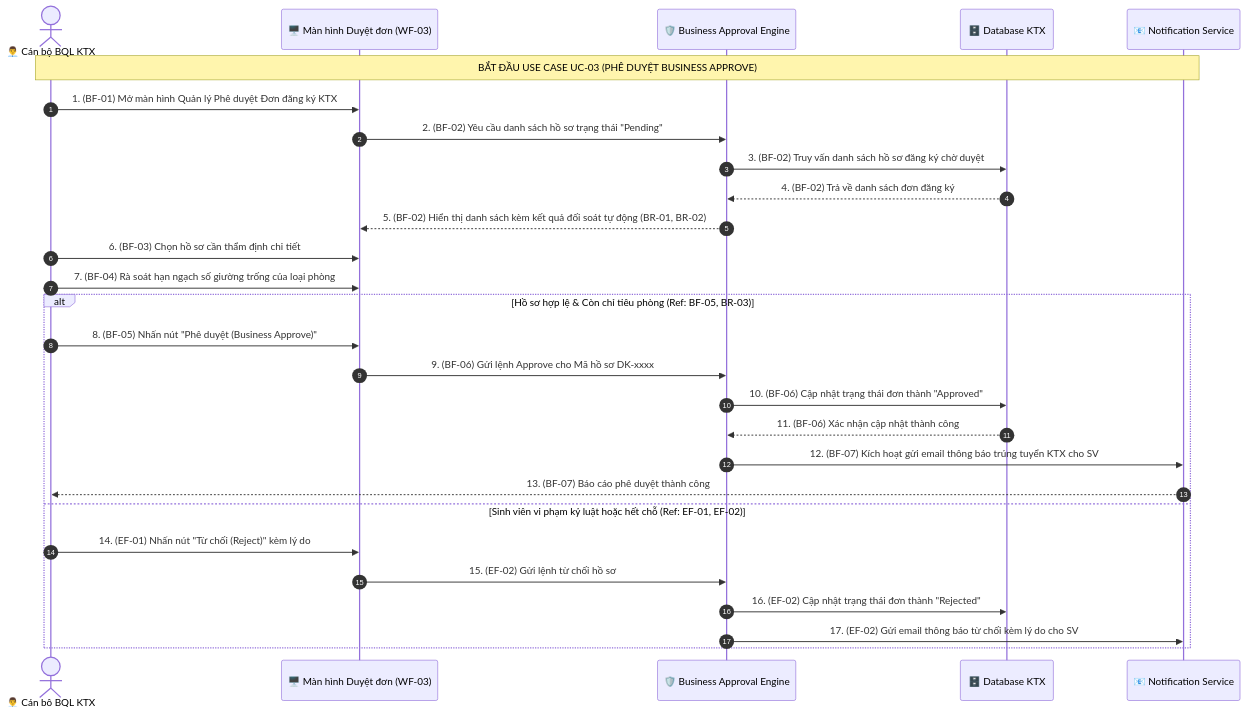
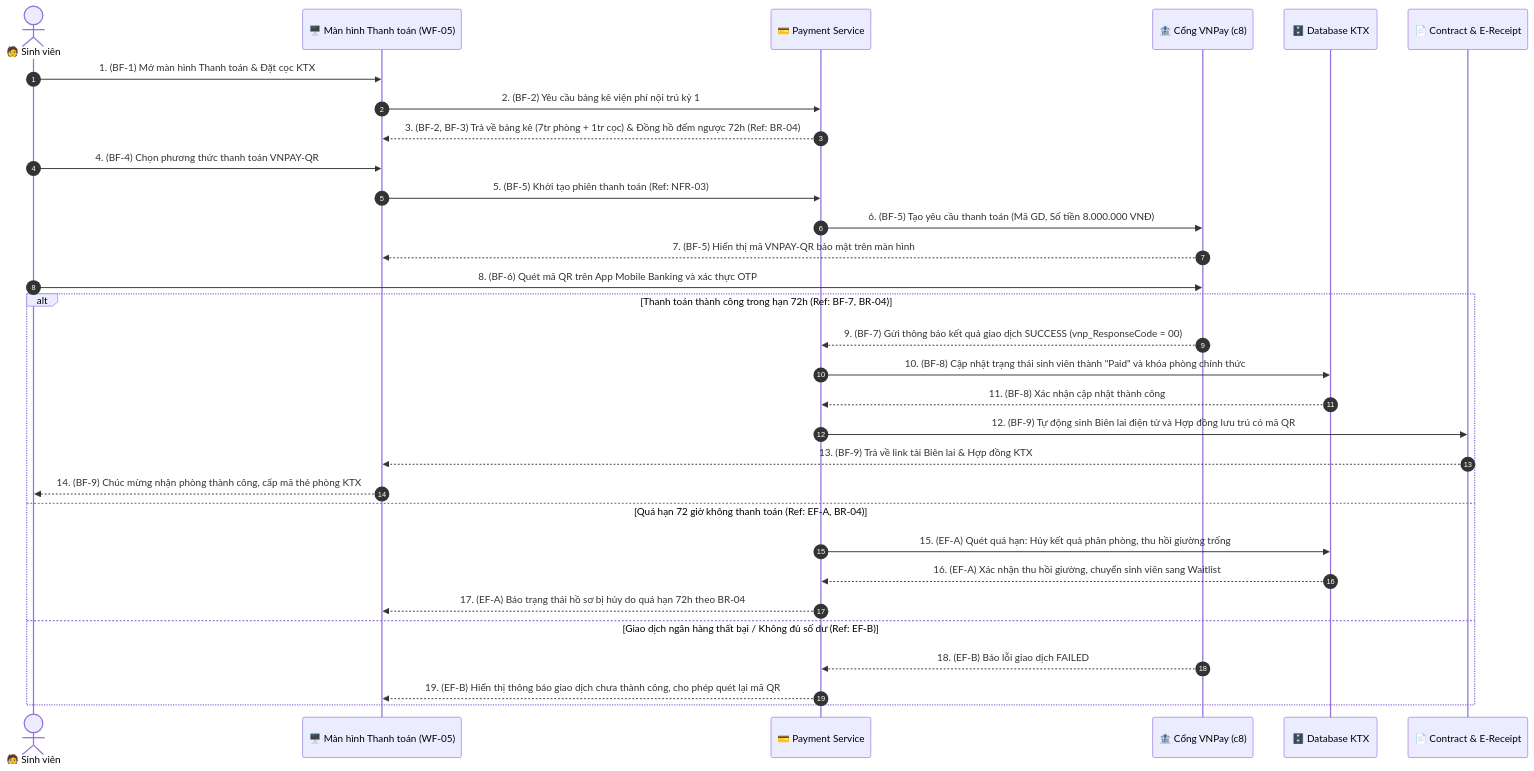
The fourth of 6 diagrams in docs/dac_ta_usecase_va_sequence.md (kiet00394-collab/system-), drawn with Mermaid before and after one commit. The commit also changed other lines of this file and 10 other files, not shown here.

First line of the commit message:
feat(docs-ui): integrate KTX_Smart_Match_UseCase.drawio and align specs with teacher slide standards

````diff
--- a/docs/dac_ta_usecase_va_sequence.md
+++ b/docs/dac_ta_usecase_va_sequence.md
@@ -225,33 +319,37 @@
 ```mermaid
 sequenceDiagram
     autonumber
-    actor Admin as 👨‍💼 Cán bộ BQL KTX
-    participant UI as 🖥️ Màn hình Duyệt đơn (WF-03)
-    participant ApproveService as 🛡️ Business Approval Engine
+    actor SV as 🧑 Sinh viên
+    participant UI as 🖥️ Màn hình Thanh toán (WF-05)
+    participant PayService as 💳 Payment Service
+    participant VNPay as 🏦 Cổng VNPay (c8)
     participant DB as 🗄️ Database KTX
-    participant Mail as 📧 Notification Service
+    participant Contract as 📄 Contract & E-Receipt
 
-    Note over Admin, Mail: BẮT ĐẦU USE CASE UC-03 (PHÊ DUYỆT BUSINESS APPROVE)
-    Admin->>UI: 1. (BF-01) Mở màn hình Quản lý Phê duyệt Đơn đăng ký KTX
-    UI->>ApproveService: 2. (BF-02) Yêu cầu danh sách hồ sơ trạng thái "Pending"
-    ApproveService->>DB: 3. (BF-02) Truy vấn danh sách hồ sơ đăng ký chờ duyệt
-    DB-->>ApproveService: 4. (BF-02) Trả về danh sách đơn đăng ký
-    ApproveService-->>UI: 5. (BF-02) Hiển thị danh sách kèm kết quả đối soát tự động (BR-01, BR-02)
+    SV->>UI: 1. (BF-1) Mở màn hình Thanh toán & Đặt cọc KTX
+    UI->>PayService: 2. (BF-2) Yêu cầu bảng kê viện phí nội trú kỳ 1
+    PayService-->>UI: 3. (BF-2, BF-3) Trả về bảng kê (7tr phòng + 1tr cọc) & Đồng hồ đếm ngược 72h (Ref: BR-04)
+    
+    SV->>UI: 4. (BF-4) Chọn phương thức thanh toán VNPAY-QR
+    UI->>PayService: 5. (BF-5) Khởi tạo phiên thanh toán (Ref: NFR-03)
+    PayService->>VNPay: 6. (BF-5) Tạo yêu cầu thanh toán (Mã GD, Số tiền 8.000.000 VNĐ)
+    VNPay-->>UI: 7. (BF-5) Hiển thị mã VNPAY-QR bảo mật trên màn hình
 
-    Admin->>UI: 6. (BF-03) Chọn hồ sơ cần thẩm định chi tiết
-    Admin->>UI: 7. (BF-04) Rà soát hạn ngạch số giường trống của loại phòng
-    
-    alt Hồ sơ hợp lệ & Còn chỉ tiêu phòng (Ref: BF-05, BR-03)
-        Admin->>UI: 8. (BF-05) Nhấn nút "Phê duyệt (Business Approve)"
-        UI->>ApproveService: 9. (BF-06) Gửi lệnh Approve cho Mã hồ sơ DK-xxxx
-        ApproveService->>DB: 10. (BF-06) Cập nhật trạng thái đơn thành "Approved"
-        DB-->>ApproveService: 11. (BF-06) Xác nhận cập nhật thành công
-        ApproveService->>Mail: 12. (BF-07) Kích hoạt gửi email thông báo trúng tuyển KTX cho SV
-        Mail-->>Admin: 13. (BF-07) Báo cáo phê duyệt thành công
-    else Sinh viên vi phạm kỷ luật hoặc hết chỗ (Ref: EF-01, EF-02)
-        Admin->>UI: 14. (EF-01) Nhấn nút "Từ chối (Reject)" kèm lý do
-        UI->>ApproveService: 15. (EF-02) Gửi lệnh từ chối hồ sơ
-        ApproveService->>DB: 16. (EF-02) Cập nhật trạng thái đơn thành "Rejected"
-        ApproveService->>Mail: 17. (EF-02) Gửi email thông báo từ chối kèm lý do cho SV
+    SV->>VNPay: 8. (BF-6) Quét mã QR trên App Mobile Banking và xác thực OTP
+
+    alt Thanh toán thành công trong hạn 72h (Ref: BF-7, BR-04)
+        VNPay-->>PayService: 9. (BF-7) Gửi thông báo kết quả giao dịch SUCCESS (vnp_ResponseCode = 00)
+        PayService->>DB: 10. (BF-8) Cập nhật trạng thái sinh viên thành "Paid" và khóa phòng chính thức
+        DB-->>PayService: 11. (BF-8) Xác nhận cập nhật thành công
+        PayService->>Contract: 12. (BF-9) Tự động sinh Biên lai điện tử và Hợp đồng lưu trú có mã QR
+        Contract-->>UI: 13. (BF-9) Trả về link tải Biên lai & Hợp đồng KTX
+        UI-->>SV: 14. (BF-9) Chúc mừng nhận phòng thành công, cấp mã thẻ phòng KTX
+    else Quá hạn 72 giờ không thanh toán (Ref: EF-A, BR-04)
+        PayService->>DB: 15. (EF-A) Quét quá hạn: Hủy kết quả phân phòng, thu hồi giường trống
+        DB-->>PayService: 16. (EF-A) Xác nhận thu hồi giường, chuyển sinh viên sang Waitlist
+        PayService-->>UI: 17. (EF-A) Báo trạng thái hồ sơ bị hủy do quá hạn 72h theo BR-04
+    else Giao dịch ngân hàng thất bại / Không đủ số dư (Ref: EF-B)
+        VNPay-->>PayService: 18. (EF-B) Báo lỗi giao dịch FAILED
+        PayService-->>UI: 19. (EF-B) Hiển thị thông báo giao dịch chưa thành công, cho phép quét lại mã QR
     end
 ```
````
